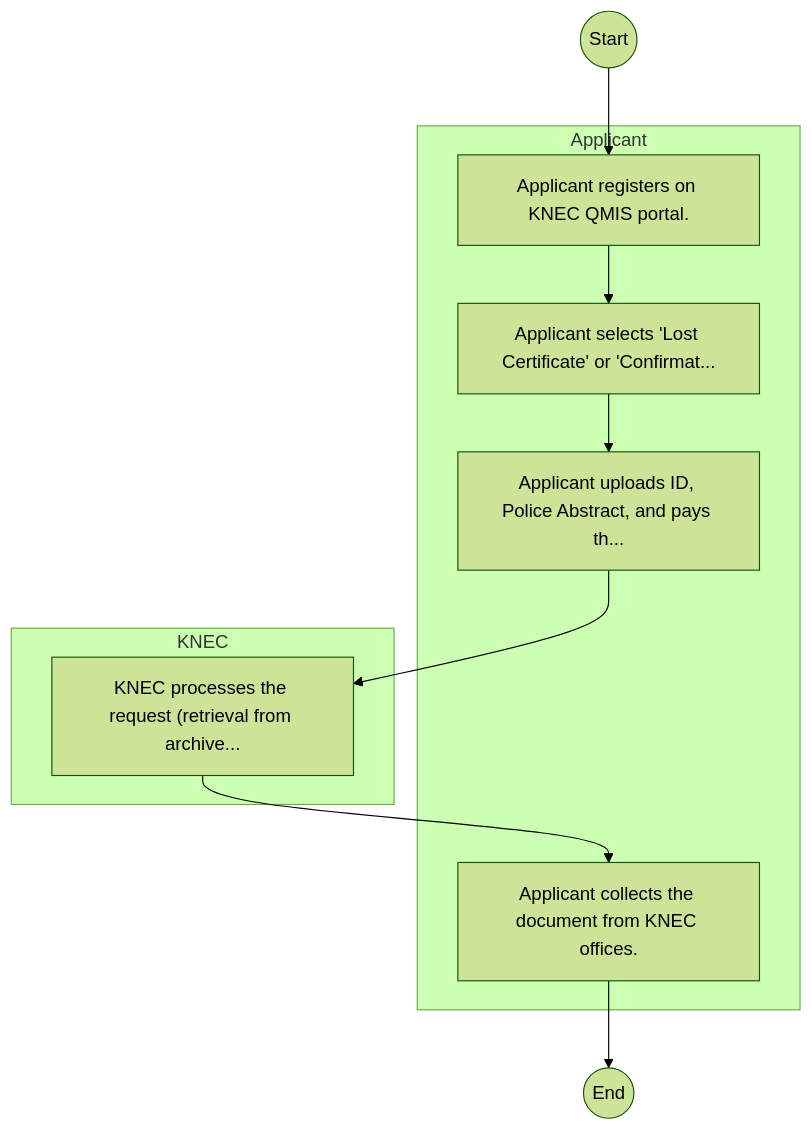
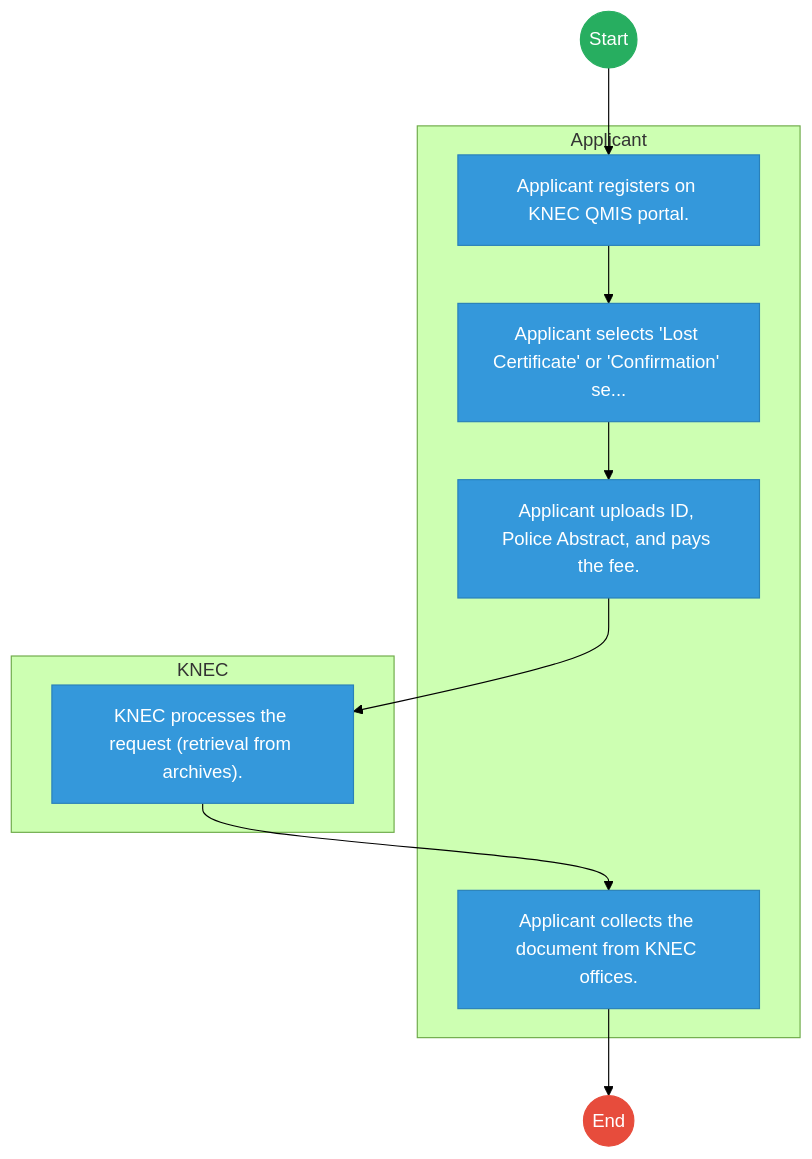
Before and after one commit to BITZ-IT-Consulting-LTD/ictapoc: the first of 2 diagrams in mdas/docs_final/Kenya_National_Examinations_Council___Service_Delivery.md, drawn with Mermaid (forest theme). The commit also changed other lines of this file and 461 other files, not shown here.

````diff
--- a/mdas/docs_final/Kenya_National_Examinations_Council___Service_Delivery.md
+++ b/mdas/docs_final/Kenya_National_Examinations_Council___Service_Delivery.md
@@ -20,18 +20,29 @@
 ```mermaid
 graph TD
     Start((Start)) --> S1
+
     subgraph Applicant [Applicant]
         S1["Applicant registers on KNEC QMIS portal."]
-        S2["Applicant selects 'Lost Certificate' or 'Confirmat..."]
-        S3["Applicant uploads ID, Police Abstract, and pays th..."]
+        S2["Applicant selects 'Lost Certificate' or 'Confirmation' se..."]
+        S3["Applicant uploads ID, Police Abstract, and pays the fee."]
         S5["Applicant collects the document from KNEC offices."]
     end
+
     subgraph KNEC [KNEC]
-        S4["KNEC processes the request (retrieval from archive..."]
+        S4["KNEC processes the request (retrieval from archives)."]
     end
     S1 --> S2
     S2 --> S3
     S3 --> S4
     S4 --> S5
     S5 --> End((End))
+
+    classDef start fill:#27ae60,stroke:#27ae60,color:#fff;
+    classDef endNode fill:#e74c3c,stroke:#e74c3c,color:#fff;
+    classDef userTask fill:#3498db,stroke:#2980b9,color:#fff;
+    classDef serviceTask fill:#9b59b6,stroke:#8e44ad,color:#fff;
+
+    class Start start;
+    class End endNode;
+    class S1,S2,S3,S4,S5 userTask;
 ```
````
